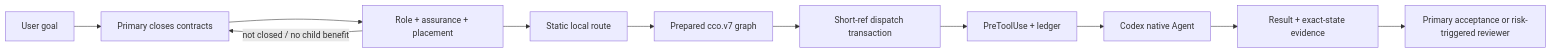
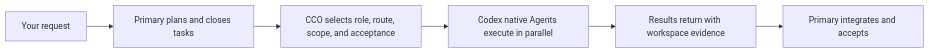
Before and after one commit to KirschBluteX/agent-orchestration-gateway: the diagram in README.md, drawn with Mermaid. The commit also changed other lines of this file and 22 other files, not shown here.

````diff
--- a/README.md
+++ b/README.md
@@ -38,13 +30,8 @@
 ```mermaid
 flowchart LR
-    U["User goal"] --> P["Primary closes contracts"]
-    P --> D["Role + assurance + placement"]
-    D -->|"not closed / no child benefit"| P
-    D --> R["Static local route"]
-    R --> G["Prepared cco.v7 graph"]
-    G --> T["Short-ref dispatch transaction"]
-    T --> H["PreToolUse + ledger"]
-    H --> A["Codex native Agent"]
-    A --> E["Result + exact-state evidence"]
-    E --> V["Primary acceptance or risk-triggered reviewer"]
+    U["Your request"] --> P["Primary plans and closes tasks"]
+    P --> C["CCO selects role, route, scope, and acceptance"]
+    C --> A["Codex native Agents execute in parallel"]
+    A --> E["Results return with workspace evidence"]
+    E --> V["Primary integrates and accepts"]
 ```
````
